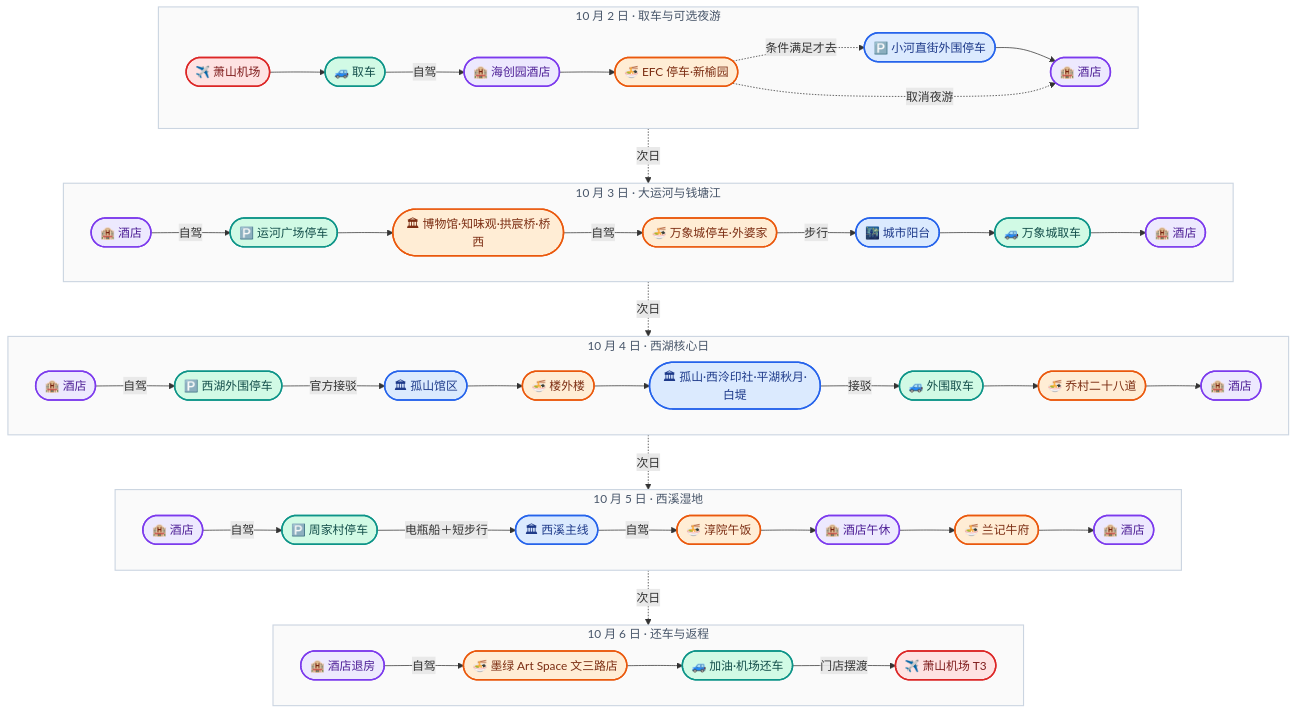
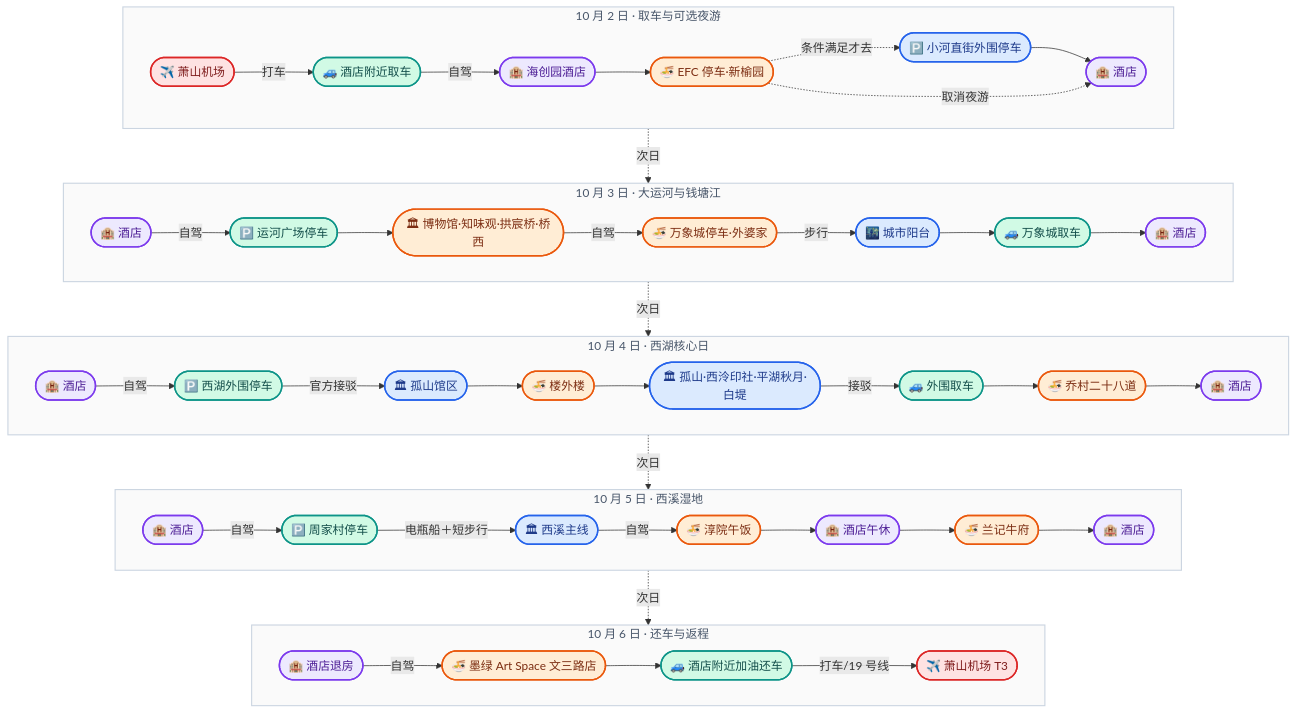
Before and after one commit to TheShadow178/hangzhou-trip: the second of 3 diagrams in docs/traffic.md, drawn with Mermaid. The commit also changed other lines of this file and 2 other files, not shown here.

````diff
--- a/docs/traffic.md
+++ b/docs/traffic.md
@@ -191,66 +191,66 @@
 ```mermaid
 %%{init: {'theme':'base', 'themeVariables': {'fontFamily':'-apple-system, "PingFang SC", "Microsoft YaHei", sans-serif','lineColor':'#94a3b8','primaryColor':'#ffffff','primaryBorderColor':'#94a3b8','primaryTextColor':'#0f172a','fontSize':'13px'}}}%%
 flowchart TB
   subgraph C02["10 月 2 日 · 取车与可选夜游"]
     direction LR
-    C02A(["✈️ 萧山机场"]) --> C02B(["🚙 取车"])
+    C02A(["✈️ 萧山机场"]) -->|打车| C02B(["🚙 酒店附近取车"])
     C02B -->|自驾| C02C(["🏨 海创园酒店"])
     C02C --> C02D(["🍜 EFC 停车·新榆园"])
     C02D -.->|条件满足才去| C02E(["🅿️ 小河直街外围停车"])
     C02E --> C02F(["🏨 酒店"])
     C02D -. 取消夜游 .-> C02F
   end
   subgraph C03["10 月 3 日 · 大运河与钱塘江"]
     direction LR
     C03A(["🏨 酒店"]) -->|自驾| C03B(["🅿️ 运河广场停车"])
     C03B --> C03C(["🏛 博物馆·知味观·拱宸桥·桥西"])
     C03C -->|自驾| C03D(["🍜 万象城停车·外婆家"])
     C03D -->|步行| C03E(["🌃 城市阳台"])
     C03E --> C03F(["🚙 万象城取车"])
     C03F --> C03G(["🏨 酒店"])
   end
   subgraph C04["10 月 4 日 · 西湖核心日"]
     direction LR
     C04A(["🏨 酒店"]) -->|自驾| C04B(["🅿️ 西湖外围停车"])
     C04B -->|官方接驳| C04C(["🏛 孤山馆区"])
     C04C --> C04D(["🍜 楼外楼"])
     C04D --> C04E(["🏛 孤山·西泠印社·平湖秋月·白堤"])
     C04E -->|接驳| C04F(["🚙 外围取车"])
     C04F --> C04G(["🍜 乔村二十八道"])
     C04G --> C04H(["🏨 酒店"])
   end
   subgraph C05["10 月 5 日 · 西溪湿地"]
     direction LR
     C05A(["🏨 酒店"]) -->|自驾| C05B(["🅿️ 周家村停车"])
     C05B -->|电瓶船＋短步行| C05C(["🏛 西溪主线"])
     C05C -->|自驾| C05D(["🍜 淳院午饭"])
     C05D --> C05E(["🏨 酒店午休"])
     C05E --> C05F(["🍜 兰记牛府"])
     C05F --> C05G(["🏨 酒店"])
   end
   subgraph C06["10 月 6 日 · 还车与返程"]
     direction LR
     C06A(["🏨 酒店退房"]) -->|自驾| C06B(["🍜 墨绿 Art Space 文三路店"])
-    C06B --> C06C(["🚙 加油·机场还车"])
-    C06C -->|门店摆渡| C06D(["✈️ 萧山机场 T3"])
+    C06B --> C06C(["🚙 酒店附近加油还车"])
+    C06C -->|打车/19 号线| C06D(["✈️ 萧山机场 T3"])
   end
   C02F -.->|次日| C03A
   C03G -.->|次日| C04A
   C04H -.->|次日| C05A
   C05G -.->|次日| C06A
   classDef cAir fill:#fee2e2,stroke:#dc2626,stroke-width:2px,color:#7f1d1d
   classDef cStay fill:#ede9fe,stroke:#7c3aed,stroke-width:2px,color:#4c1d95
   classDef cFood fill:#ffedd5,stroke:#ea580c,stroke-width:2px,color:#7c2d12
   classDef cSee fill:#dbeafe,stroke:#2563eb,stroke-width:2px,color:#1e3a8a
   classDef cMove fill:#d1fae5,stroke:#0d9488,stroke-width:2px,color:#134e4a
   class C02A,C06D cAir
   class C02B,C03B,C03F,C04B,C04F,C05B,C06C cMove
   class C02C,C02F,C03A,C03G,C04A,C04H,C05A,C05E,C05G,C06A cStay
   class C02D,C03C,C03D,C04D,C04G,C05D,C05F,C06B cFood
   class C02E,C03E,C04C,C04E,C05C cSee
   style C02 fill:#fafafa,stroke:#cbd5e1,stroke-width:1.5px,color:#475569
   style C03 fill:#fafafa,stroke:#cbd5e1,stroke-width:1.5px,color:#475569
   style C04 fill:#fafafa,stroke:#cbd5e1,stroke-width:1.5px,color:#475569
   style C05 fill:#fafafa,stroke:#cbd5e1,stroke-width:1.5px,color:#475569
   style C06 fill:#fafafa,stroke:#cbd5e1,stroke-width:1.5px,color:#475569
 ```
````
